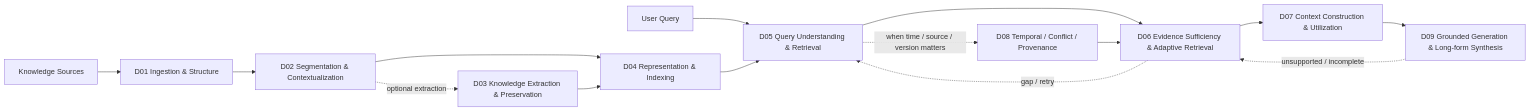
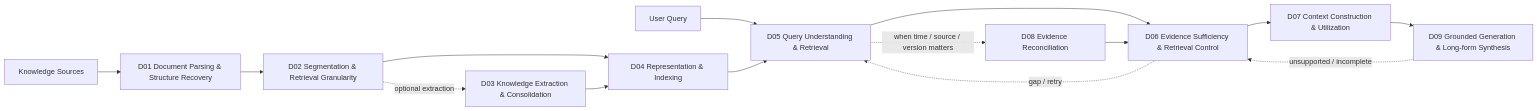
Before and after one commit to Cycl0n3-ga/RAG-survey: the first of 2 diagrams in 00 - 導覽與心智圖 (Navigation & MOC)/RAG Research Taxonomy & Domain Map.md, drawn with Mermaid. The commit also changed other lines of this file and 113 other files, not shown here.

````diff
--- a/00 - 導覽與心智圖 (Navigation & MOC)/RAG Research Taxonomy & Domain Map.md
+++ b/00 - 導覽與心智圖 (Navigation & MOC)/RAG Research Taxonomy & Domain Map.md
@@ -37,22 +37,22 @@
 ```mermaid
 flowchart LR
-    SRC["Knowledge Sources"] --> D01["D01 Ingestion & Structure"]
-    D01 --> D02["D02 Segmentation & Contextualization"]
+    SRC["Knowledge Sources"] --> D01["D01 Document Parsing & Structure Recovery"]
+    D01 --> D02["D02 Segmentation & Retrieval Granularity"]
 
     D02 --> D04["D04 Representation & Indexing"]
-    D02 -. "optional extraction" .-> D03["D03 Knowledge Extraction & Preservation"]
+    D02 -. "optional extraction" .-> D03["D03 Knowledge Extraction & Consolidation"]
     D03 --> D04
 
     Q["User Query"] --> D05["D05 Query Understanding & Retrieval"]
     D04 --> D05
 
-    D05 --> D06["D06 Evidence Sufficiency & Adaptive Retrieval"]
-    D05 -. "when time / source / version matters" .-> D08["D08 Temporal / Conflict / Provenance"]
+    D05 --> D06["D06 Evidence Sufficiency & Retrieval Control"]
+    D05 -. "when time / source / version matters" .-> D08["D08 Evidence Reconciliation"]
     D08 --> D06
 
     D06 --> D07["D07 Context Construction & Utilization"]
     D07 --> D09["D09 Grounded Generation & Long-form Synthesis"]
 
     D06 -. "gap / retry" .-> D05
     D09 -. "unsupported / incomplete" .-> D06
 ```
````
